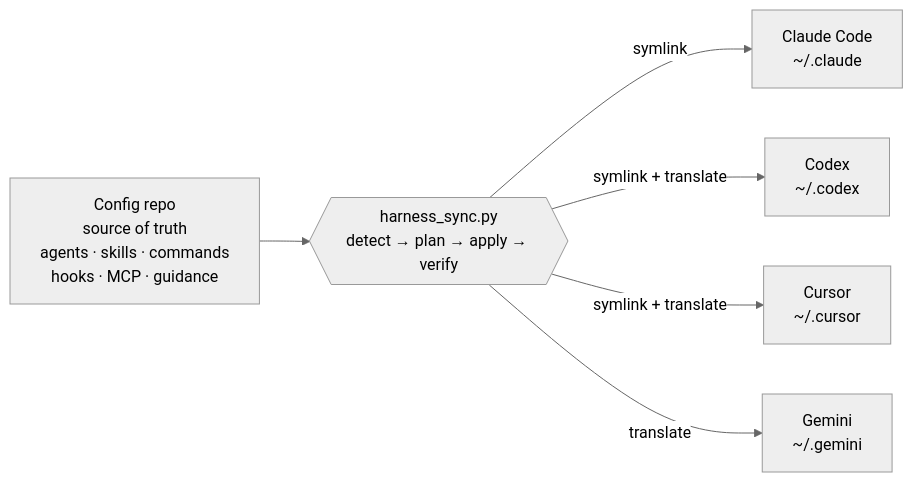
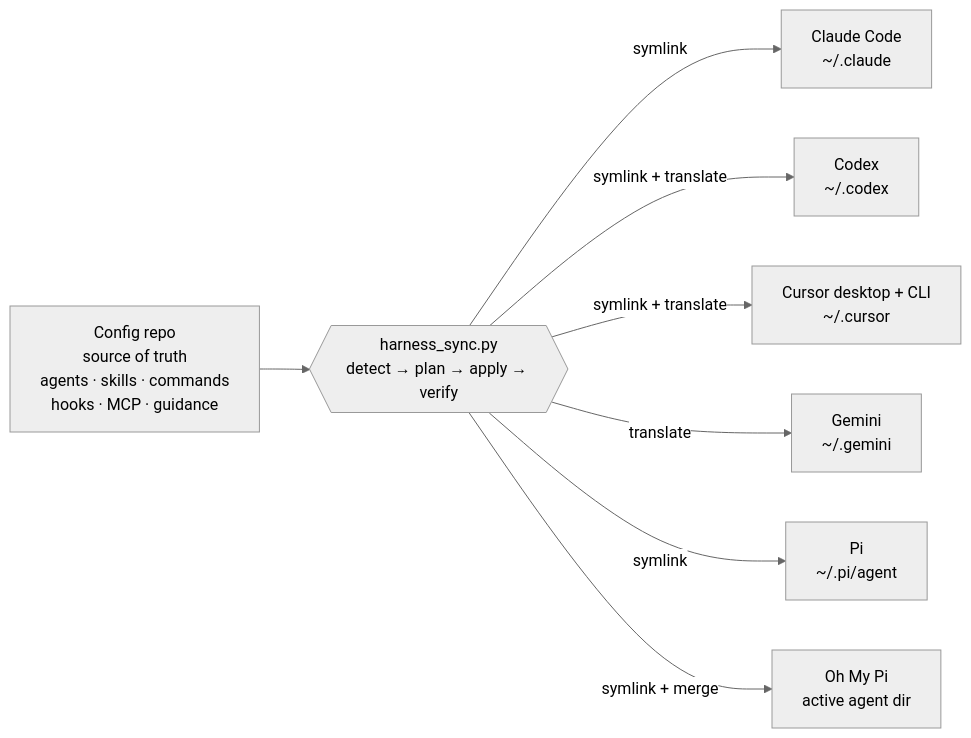
One commit to Dhi13man/harness-sync changed the diagram in README.md. Above: the diagram before and after it, drawn with Mermaid (neutral theme). The commit also changed other lines of this file and 20 other files, not shown here.

First line of the commit message:
feat(sync): support Pi, Oh My Pi, and Cursor Agent CLI (#10)

````diff
--- a/README.md
+++ b/README.md
@@ -86,10 +91,12 @@
 ```mermaid
 flowchart LR
     repo["Config repo<br/>source of truth<br/>agents · skills · commands<br/>hooks · MCP · guidance"]
     engine{{"harness_sync.py<br/>detect → plan → apply → verify"}}
     repo --> engine
     engine -->|"symlink"| claude["Claude Code<br/>~/.claude"]
     engine -->|"symlink + translate"| codex["Codex<br/>~/.codex"]
-    engine -->|"symlink + translate"| cursor["Cursor<br/>~/.cursor"]
+    engine -->|"symlink + translate"| cursor["Cursor desktop + CLI<br/>~/.cursor"]
     engine -->|"translate"| gemini["Gemini<br/>~/.gemini"]
+    engine -->|"symlink"| pi["Pi<br/>~/.pi/agent"]
+    engine -->|"symlink + merge"| omp["Oh My Pi<br/>active agent dir"]
 ```
````
